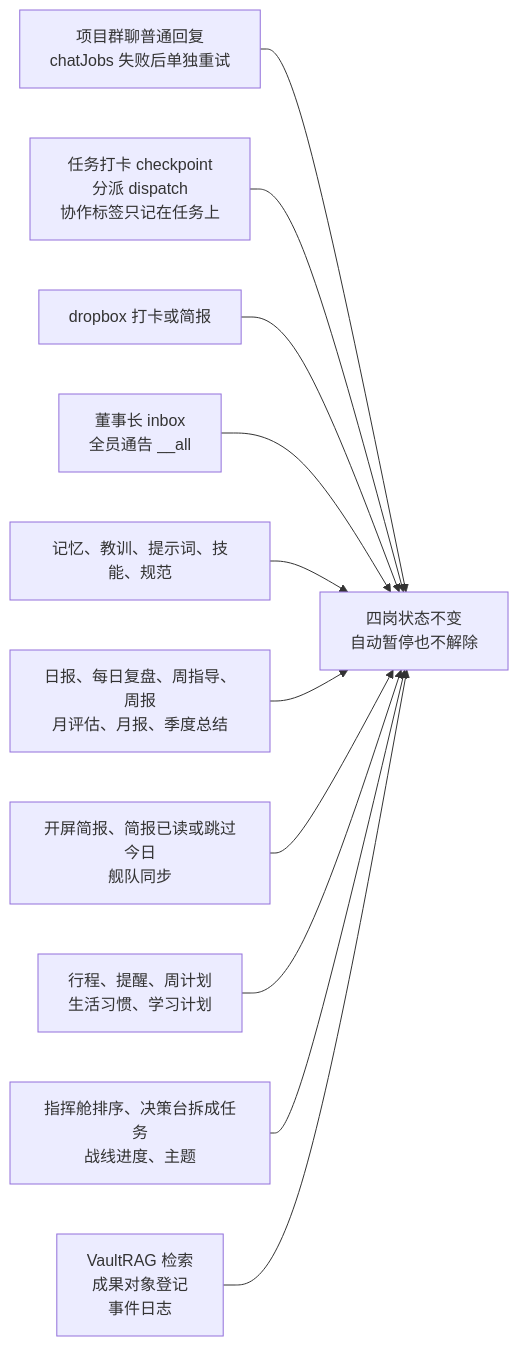
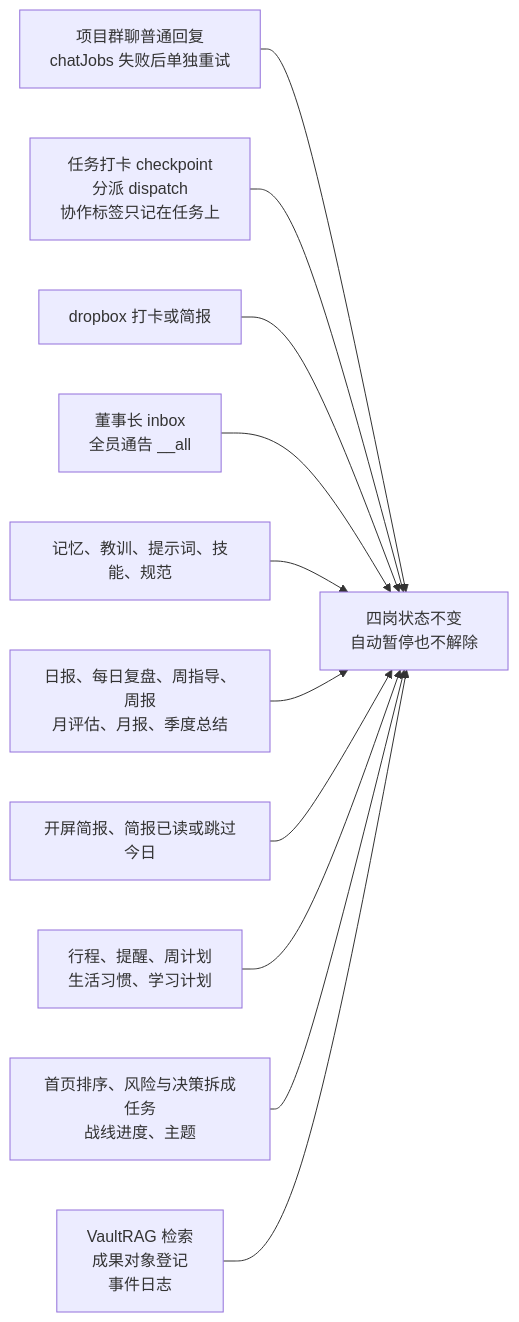
The fourth of 10 diagrams in docs/工作台全图-类型1.md (diyiresh/workbench-type-1), drawn with Mermaid before and after one commit. The commit also changed other lines of this file and 23 other files, not shown here.

````diff
--- a/docs/工作台全图-类型1.md
+++ b/docs/工作台全图-类型1.md
@@ -82,13 +82,13 @@
 ```mermaid
 flowchart LR
   chat["项目群聊普通回复<br/>chatJobs 失败后单独重试"] --> still["四岗状态不变<br/>自动暂停也不解除"]
   task["任务打卡 checkpoint<br/>分派 dispatch<br/>协作标签只记在任务上"] --> still
   box["dropbox 打卡或简报"] --> still
   cmd["董事长 inbox<br/>全员通告 __all"] --> still
   know["记忆、教训、提示词、技能、规范"] --> still
   paper["日报、每日复盘、周指导、周报<br/>月评估、月报、季度总结"] --> still
-  read["开屏简报、简报已读或跳过今日<br/>舰队同步"] --> still
+  read["开屏简报、简报已读或跳过今日"] --> still
   day["行程、提醒、周计划<br/>生活习惯、学习计划"] --> still
-  view["指挥舱排序、决策台拆成任务<br/>战线进度、主题"] --> still
+  view["首页排序、风险与决策拆成任务<br/>战线进度、主题"] --> still
   side["VaultRAG 检索<br/>成果对象登记<br/>事件日志"] --> still
 ```
````
